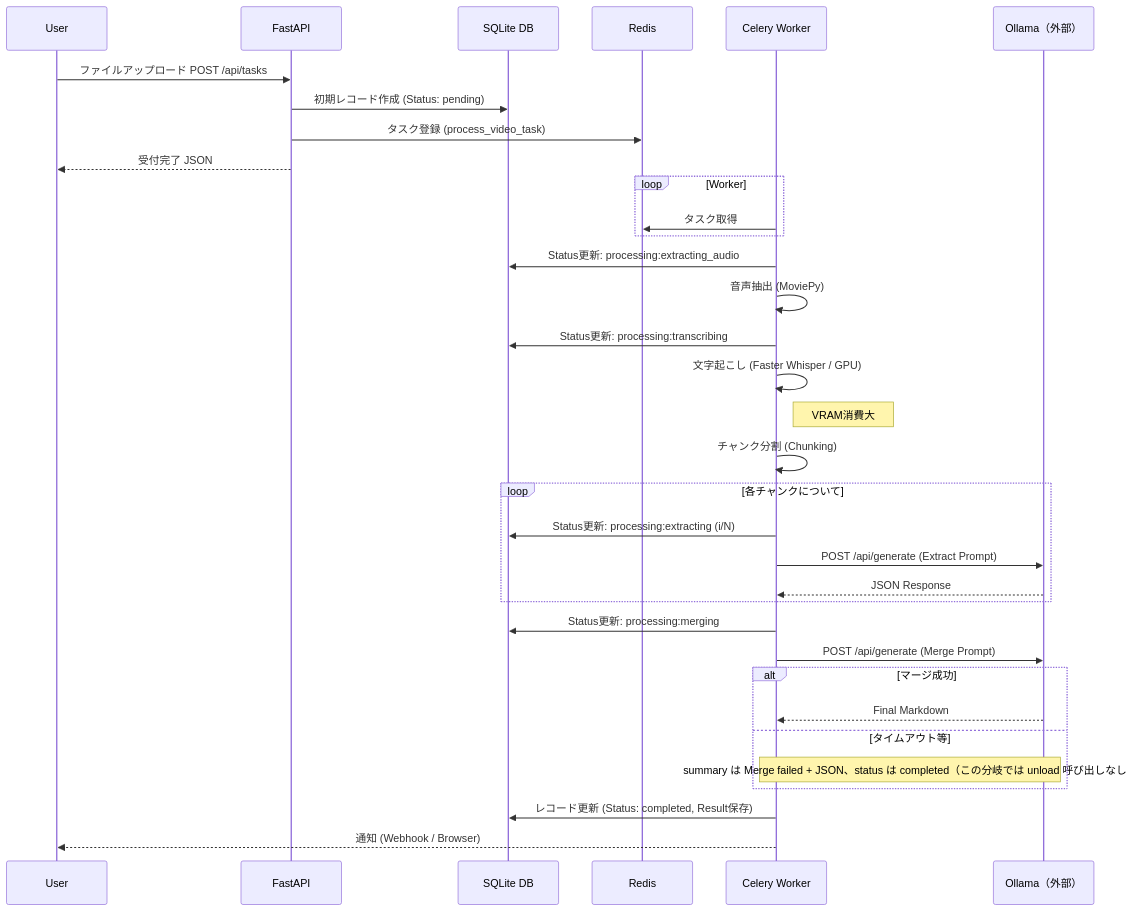
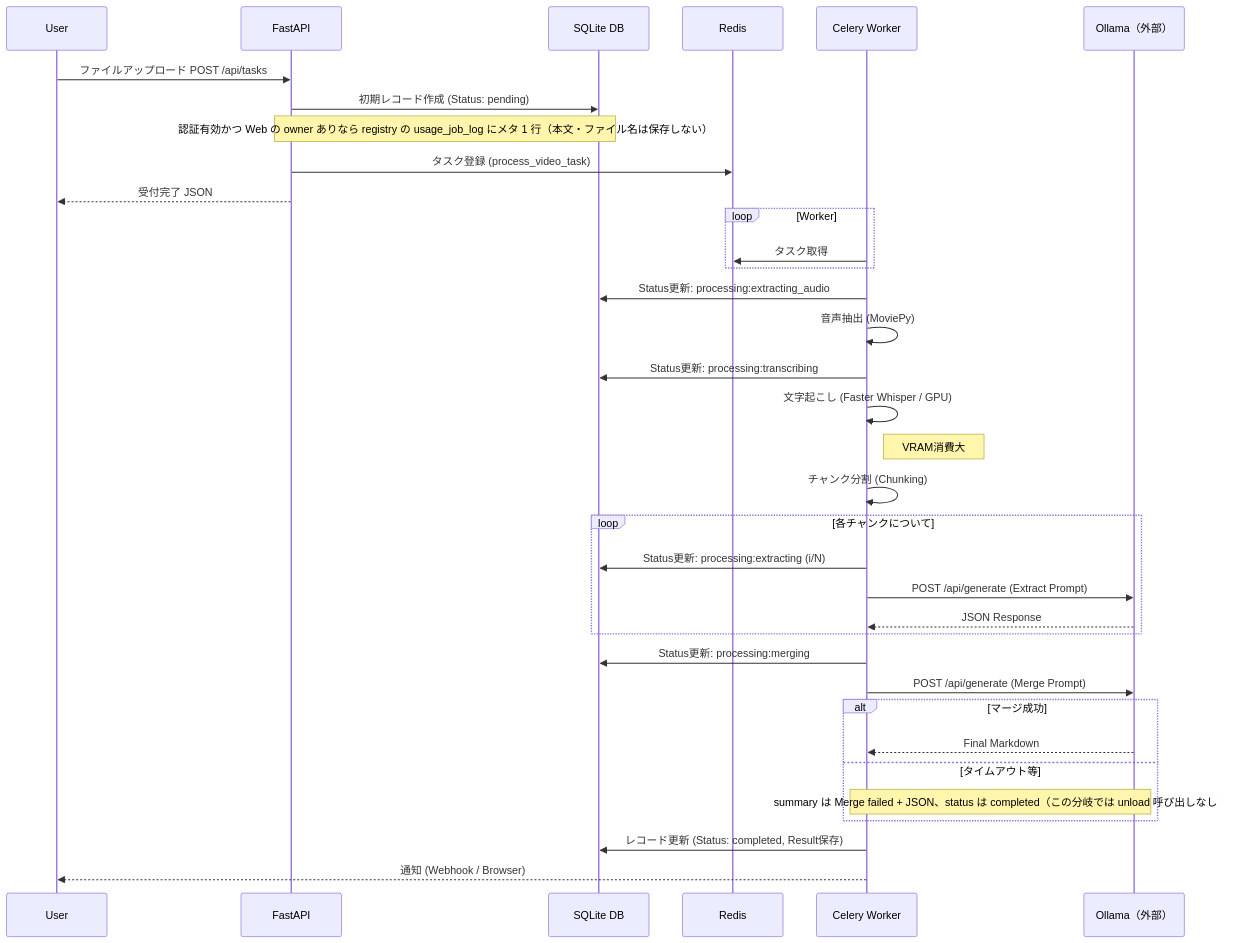
Before and after one commit to gt-ynakamatsu/meeting-minutes-generator: the second of 2 diagrams in document/architecture_design.md, drawn with Mermaid. The commit also changed other lines of this file and 3 other files, not shown here.

````diff
--- a/document/architecture_design.md
+++ b/document/architecture_design.md
@@ -72,44 +72,45 @@
 ```mermaid
 sequenceDiagram
     participant U as User
     participant A as FastAPI
     participant D as SQLite DB
     participant R as Redis
     participant W as Celery Worker
     participant O as Ollama（外部）
 
     U->>A: ファイルアップロード POST /api/tasks
     A->>D: 初期レコード作成 (Status: pending)
+    Note over A,D: 認証有効かつ Web の owner ありなら registry の usage_job_log にメタ 1 行（本文・ファイル名は保存しない）
     A->>R: タスク登録 (process_video_task)
     A-->>U: 受付完了 JSON
 
     loop Worker
         W->>R: タスク取得
     end
 
     W->>D: Status更新: processing:extracting_audio
     W->>W: 音声抽出 (MoviePy)
 
     W->>D: Status更新: processing:transcribing
     W->>W: 文字起こし (Faster Whisper / GPU)
     note right of W: VRAM消費大
 
     W->>W: チャンク分割 (Chunking)
 
     loop 各チャンクについて
         W->>D: Status更新: processing:extracting (i/N)
         W->>O: POST /api/generate (Extract Prompt)
         O-->>W: JSON Response
     end
 
     W->>D: Status更新: processing:merging
     W->>O: POST /api/generate (Merge Prompt)
     alt マージ成功
         O-->>W: Final Markdown
     else タイムアウト等
         Note over W,O: summary は Merge failed + JSON、status は completed（この分岐では unload 呼び出しなし）
     end
 
     W->>D: レコード更新 (Status: completed, Result保存)
     W-->>U: 通知 (Webhook / Browser)
 ```
````
